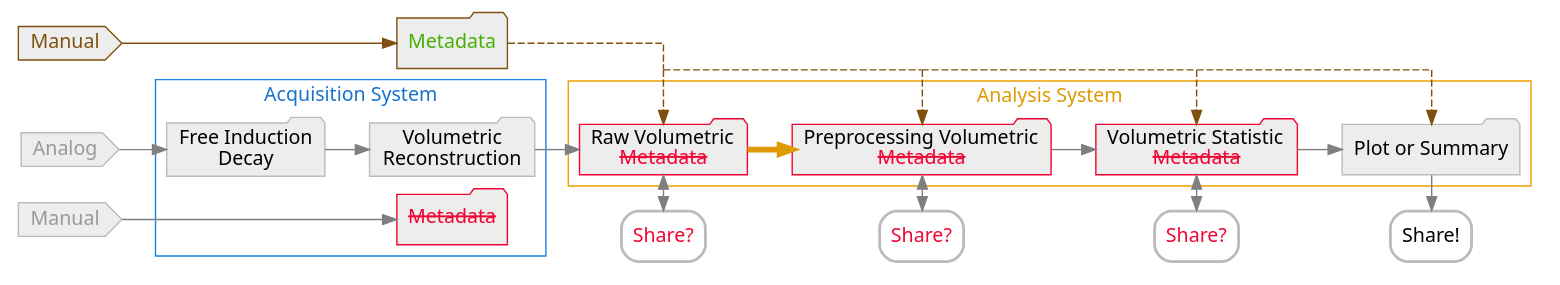
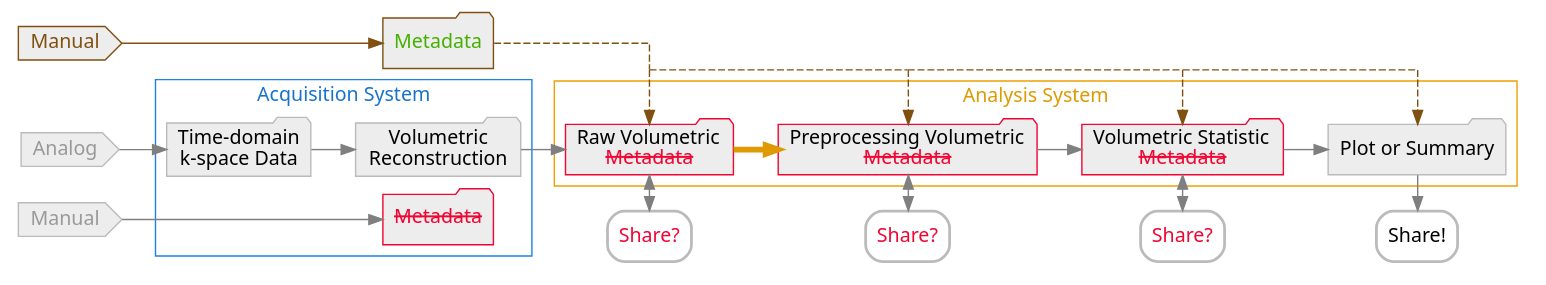
Before and after one commit to Jimmy2027/mlebe_RepSep: the diagram in data/metadata_bad.dot, drawn with Graphviz. The commit also changed 11 other files, not shown here.

```diff
--- a/data/metadata_bad.dot
+++ b/data/metadata_bad.dot
@@ -1,68 +1,68 @@
 digraph graphname {
     newrank = true;
     size="26,12";
     rankdir="LR";
     graph [splines=ortho, fontname="sans", pad="0.07", nodesep="0.175", ranksep="0.45"];
     node [fontname = "sans", style=filled];
     edge [fontname = "sans", color=gray50];
     d_[label=<<FONT COLOR="#F00533">Share?</FONT>>, style="bold, rounded", color="#BBBBBB", shape="box"];
     e_[label=<<FONT COLOR="#F00533">Share?</FONT>>, style="bold, rounded", color="#BBBBBB", shape="box"];
     f_[label=<<FONT COLOR="#F00533">Share?</FONT>>, style="bold, rounded", color="#BBBBBB", shape="box"];
     g_[label="Share!", style="bold, rounded", color="#BBBBBB", shape="box"];
     a[label="Analog  ", shape=cds, color="#BBBBBB", fillcolor=grey93, fontcolor="#999998"];
-    b[label="Free Induction\nDecay", shape=folder, color="#BBBBBB", fillcolor=grey93];
+    b[label="Time-domain\nk-space Data", shape=folder, color="#BBBBBB", fillcolor=grey93];
     c[label="Volumetric\nReconstruction", shape=folder, color="#BBBBBB", fillcolor=grey93];
     d[label=<Raw Volumetric<BR/><FONT COLOR="#F00533"><s>Metadata</s></FONT>>, shape=folder, color="#F00533", fillcolor=grey93];
     e[label=<Preprocessing Volumetric<BR/><FONT COLOR="#F00533"><s>Metadata</s></FONT>>, shape=folder, color="#F00533", fillcolor=grey93];
     f[label=<Volumetric Statistic<BR/><FONT COLOR="#F00533"><s>Metadata</s></FONT>>, shape=folder, color="#F00533", fillcolor=grey93];
     g[label="Plot or Summary", shape=folder, color="#BBBBBB", fillcolor=grey93];
     m0[label="Manual  ", shape=cds, color="#BBBBBB", fillcolor=grey93, fontcolor="#999998"];
     m1[label=<<FONT COLOR="#F00533"><s>Metadata</s></FONT>>, shape=folder, color="#F00533", fillcolor=grey93];
     m_bad[
         label=<<FONT COLOR="#45B000">Metadata</FONT>>,
         shape=folder, color="#805010", fillcolor=grey93,
         ];
     m0_bad[label="Manual  ", shape=cds, color="#805010", fillcolor=grey93, fontcolor="#805010"];
     d_branch[label = "d_branch", style = invis, shape=point, width=.0]
     e_branch[label = "e_branch", style = invis, shape=point, width=.0]
     f_branch[label = "f_branch", style = invis, shape=point, width=.0]
     g_branch[label = "g_branch", style = invis, shape=point, width=.0]
     
     m0 -> m1 ;
     m0_bad -> m_bad[color="#805010"];
     m_bad:e -> d_branch[color="#805010", arrowhead=none, style=dashed];
     d_branch -> d:n[color="#805010", style=dashed];
     d_branch -> e_branch[color="#805010", arrowhead=none, style=dashed];
     e_branch -> e:n[color="#805010", style=dashed];
     e_branch -> f_branch[color="#805010", arrowhead=none, style=dashed];
     f_branch -> f:n[color="#805010", style=dashed];
     f_branch -> g_branch[color="#805010", arrowhead=none, style=dashed];
     g_branch -> g:n[color="#805010", style=dashed];
     a -> b ;
     subgraph cluster1 {
         b -> c ;
         m1;
         label = "Acquisition System";
         fontcolor = "#1873cc";
         color = "#1b81e5";
     }
     c -> d:w ;
     subgraph cluster2 {
         d -> e [arrowsize=0.9, penwidth=4, color="#DE9A00"];
         e -> f ;
         f -> g ;
         label = "Analysis System";
         fontcolor = "#DE9A00";
         color = "#EDA000";
     }
     d -> d_ [dir=both, minlen=2];
     e -> e_ [dir=both, minlen=2];
     f -> f_ [dir=both, minlen=2];
     g -> g_ [minlen=2];
     {rank=same; a; m0; m0_bad}
     {rank=same; c; m1; m_bad}
     {rank=same; d; d_; d_branch}
     {rank=same; e; e_; e_branch}
     {rank=same; f; f_; f_branch}
     {rank=same; g; g_; g_branch}
 }
```
